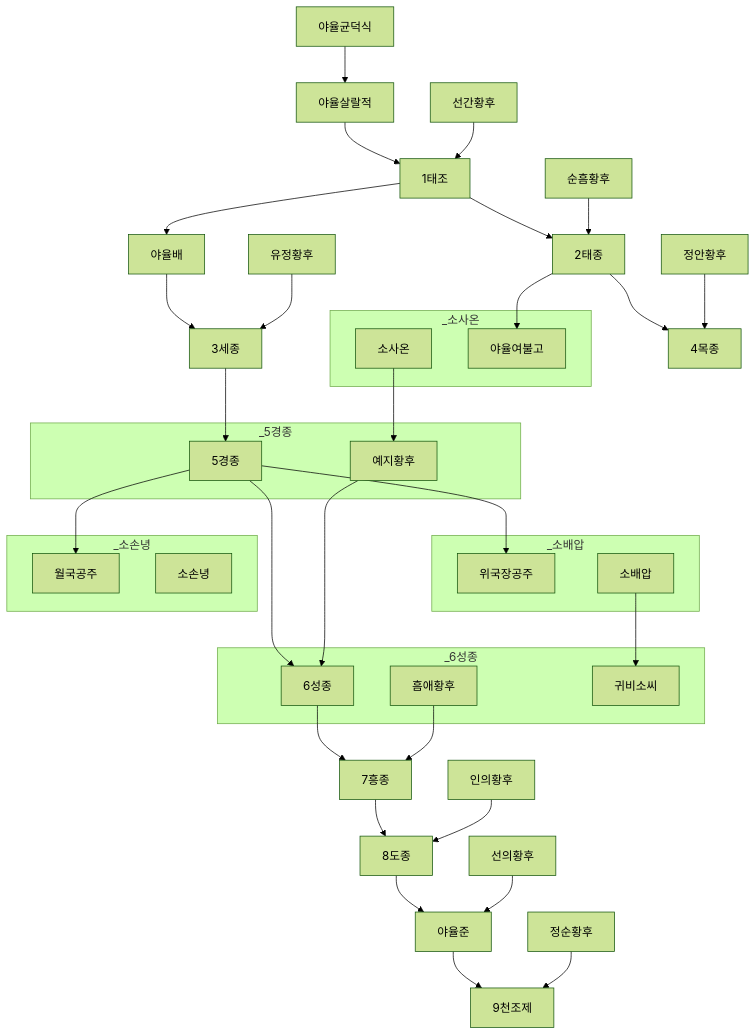
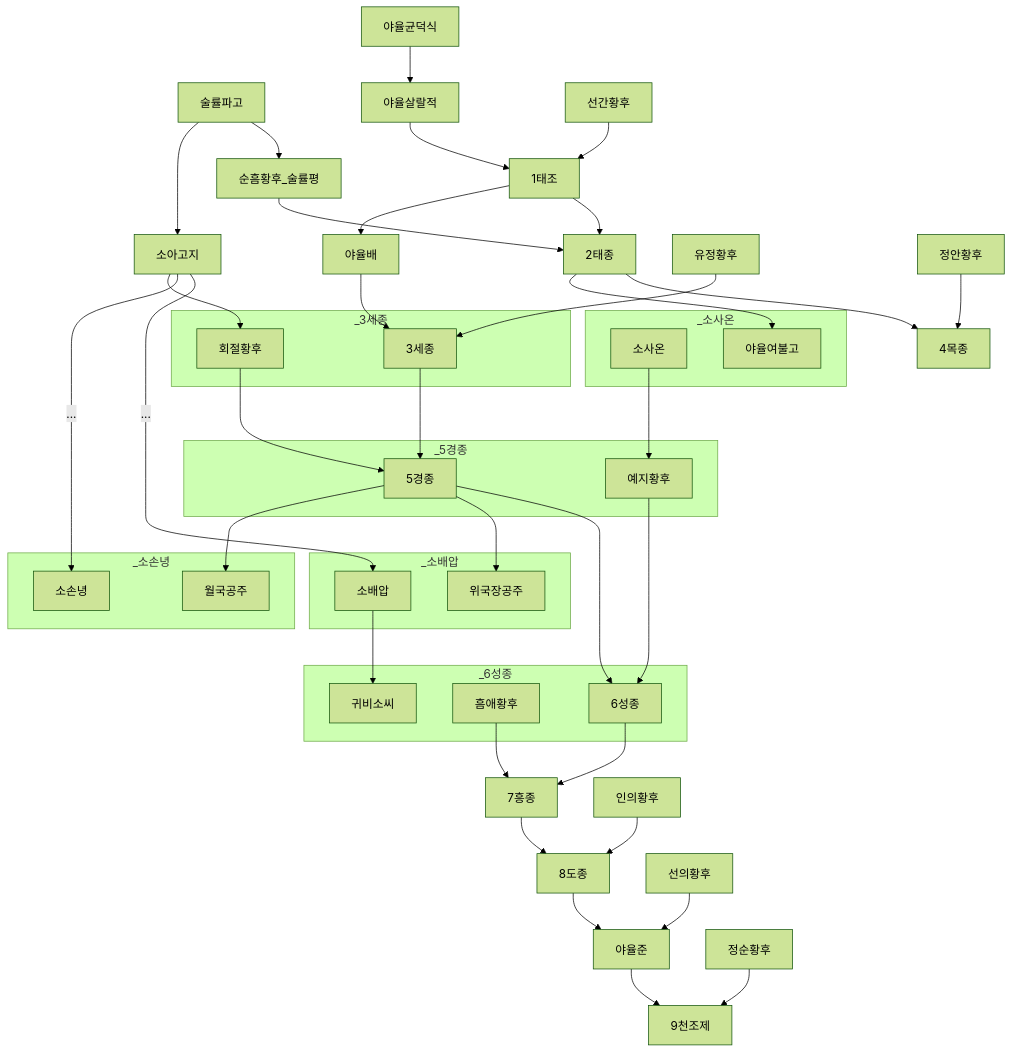
The diagram in 중국사/요왕조.md (daewonyoon/historigram), drawn with Mermaid (forest theme) before and after one commit.

Commit message:
소씨 추가

````diff
--- a/중국사/요왕조.md
+++ b/중국사/요왕조.md
@@ -1,67 +1,81 @@
 ```mermaid
 
 graph TD
 
 1태조 
 2태종
 3세종
 4목종
 5경종
 6성종
 7흥종
 8도종
 9천조제
+순흠황후[순흠황후_술률평]
+
+술률파고 --> 순흠황후
+술률파고 --> 소아고지
+
+소아고지 --...--> 소배압
+소아고지 --...--> 소손녕
+
 
 야율균덕식 --> 야율살랄적 --> 1태조
 선간황후 --> 1태조
 
 1태조 --> 2태종
 순흠황후 --> 2태종
 
 1태조 --> 야율배
 
 2태종 --> 4목종
 야율배 --> 3세종 --> 5경종 --> 6성종 --> 7흥종 --> 8도종 --> 야율준 --> 9천조제
 유정황후 --> 3세종
 정안황후 --> 4목종
+소아고지 --> 회절황후 --> 5경종
 소사온 --> 예지황후 --> 6성종
 흠애황후 --> 7흥종
 인의황후 --> 8도종
 선의황후 --> 야율준
 정순황후 --> 9천조제
 
 
 5경종 --> 위국장공주
 5경종 --> 월국공주
+
+subgraph _3세종
+3세종
+회절황후
+end
 
 subgraph _5경종
 5경종
 예지황후
 end
 
 subgraph _소배압
 소배압
 위국장공주
 end
 subgraph _소손녕
 소손녕
 월국공주
 end
 
 소배압 --> 귀비소씨
 
 subgraph _6성종
 6성종
 귀비소씨
 흠애황후
 end
 
 2태종 --> 야율여불고
 
 subgraph _소사온
 소사온
 야율여불고
 end
 
 
 ```
````
